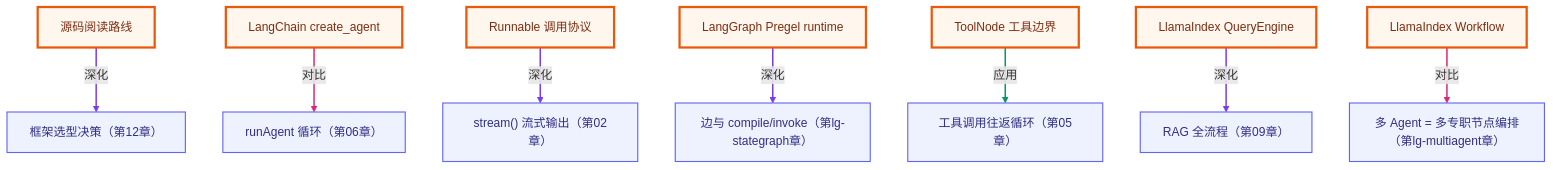
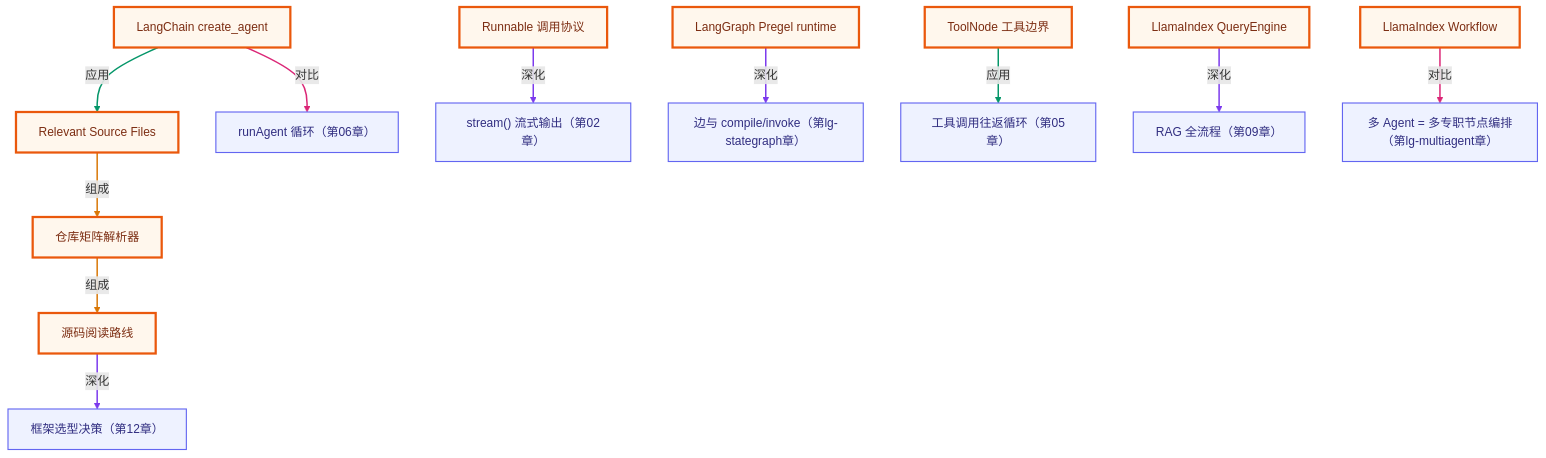
The diagram in source-analysis/README.md (songuu/agent), drawn with Mermaid before and after one commit. The commit also changed other lines of this file and 15 other files, not shown here.

Commit message:
feat(source-analysis): add repository matrix explorer

````diff
--- a/source-analysis/README.md
+++ b/source-analysis/README.md
@@ -181,35 +198,43 @@
 ```mermaid
 graph TB
   classDef own fill:#fff7ed,stroke:#ea580c,stroke-width:3px,color:#7c2d12;
   classDef cross fill:#eef2ff,stroke:#6366f1,stroke-width:1.5px,color:#312e81;
   n_srca_reading_map["源码阅读路线"]
+  n_srca_repository_matrix["仓库矩阵解析器"]
+  n_srca_relevant_source_files["Relevant Source Files"]
   n_srca_langchain_agent_factory["LangChain create_agent"]
   n_srca_langchain_runnable["Runnable 调用协议"]
   n_srca_langgraph_runtime["LangGraph Pregel runtime"]
   n_srca_langgraph_tool_node["ToolNode 工具边界"]
   n_srca_llamaindex_query_engine["LlamaIndex QueryEngine"]
   n_srca_llamaindex_workflow["LlamaIndex Workflow"]
   n_c12_framework_choice["框架选型决策（第12章）"]
   n_c06_run_agent_loop["runAgent 循环（第06章）"]
   n_c02_stream["stream() 流式输出（第02章）"]
   n_lgsg_edges_compile["边与 compile/invoke（第lg-stategraph章）"]
   n_c05_roundtrip_loop["工具调用往返循环（第05章）"]
   n_c09_rag_pipeline["RAG 全流程（第09章）"]
   n_lgma_multi_agent["多 Agent = 多专职节点编排（第lg-multiagent章）"]
   n_srca_reading_map -->|深化| n_c12_framework_choice
+  n_srca_repository_matrix -->|组成| n_srca_reading_map
+  n_srca_relevant_source_files -->|组成| n_srca_repository_matrix
+  n_srca_langchain_agent_factory -->|应用| n_srca_relevant_source_files
   n_srca_langchain_agent_factory -->|对比| n_c06_run_agent_loop
   n_srca_langchain_runnable -->|深化| n_c02_stream
   n_srca_langgraph_runtime -->|深化| n_lgsg_edges_compile
   n_srca_langgraph_tool_node -->|应用| n_c05_roundtrip_loop
   n_srca_llamaindex_query_engine -->|深化| n_c09_rag_pipeline
   n_srca_llamaindex_workflow -->|对比| n_lgma_multi_agent
-  class n_srca_reading_map,n_srca_langchain_agent_factory,n_srca_langchain_runnable,n_srca_langgraph_runtime,n_srca_langgraph_tool_node,n_srca_llamaindex_query_engine,n_srca_llamaindex_workflow own;
+  class n_srca_reading_map,n_srca_repository_matrix,n_srca_relevant_source_files,n_srca_langchain_agent_factory,n_srca_langchain_runnable,n_srca_langgraph_runtime,n_srca_langgraph_tool_node,n_srca_llamaindex_query_engine,n_srca_llamaindex_workflow own;
   class n_c12_framework_choice,n_c06_run_agent_loop,n_c02_stream,n_lgsg_edges_compile,n_c05_roundtrip_loop,n_c09_rag_pipeline,n_lgma_multi_agent cross;
   linkStyle 0 stroke:#7c3aed,stroke-width:2px;
-  linkStyle 1 stroke:#db2777,stroke-width:2px;
-  linkStyle 2 stroke:#7c3aed,stroke-width:2px;
-  linkStyle 3 stroke:#7c3aed,stroke-width:2px;
-  linkStyle 4 stroke:#059669,stroke-width:2px;
+  linkStyle 1 stroke:#d97706,stroke-width:2px;
+  linkStyle 2 stroke:#d97706,stroke-width:2px;
+  linkStyle 3 stroke:#059669,stroke-width:2px;
+  linkStyle 4 stroke:#db2777,stroke-width:2px;
   linkStyle 5 stroke:#7c3aed,stroke-width:2px;
-  linkStyle 6 stroke:#db2777,stroke-width:2px;
+  linkStyle 6 stroke:#7c3aed,stroke-width:2px;
+  linkStyle 7 stroke:#059669,stroke-width:2px;
+  linkStyle 8 stroke:#7c3aed,stroke-width:2px;
+  linkStyle 9 stroke:#db2777,stroke-width:2px;
 ```
````
